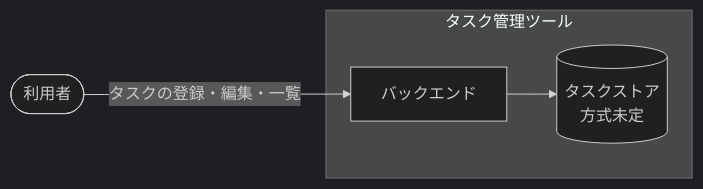
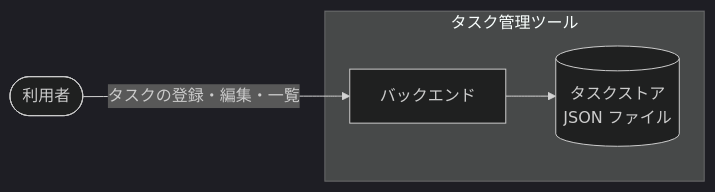
The diagram in docs/wiki/設計図/アーキテクチャ図.md (shuhei1101/ai-monitor-e2e), drawn with Mermaid (dark theme) before and after one commit. The commit also changed 2 other files, not shown here.

Commit message:
docs: 確定した保存方式・依存範囲・同時利用の想定を反映する

````diff
--- a/docs/wiki/設計図/アーキテクチャ図.md
+++ b/docs/wiki/設計図/アーキテクチャ図.md
@@ -8,12 +8,12 @@
 ```mermaid
 flowchart LR
   U([利用者])
 
   subgraph SYS["タスク管理ツール"]
     BE[バックエンド]
-    STORE[(タスクストア<br>方式未定)]
+    STORE[(タスクストア<br>JSON ファイル)]
   end
 
   U -->|タスクの登録・編集・一覧| BE
   BE --> STORE
 ```
````
